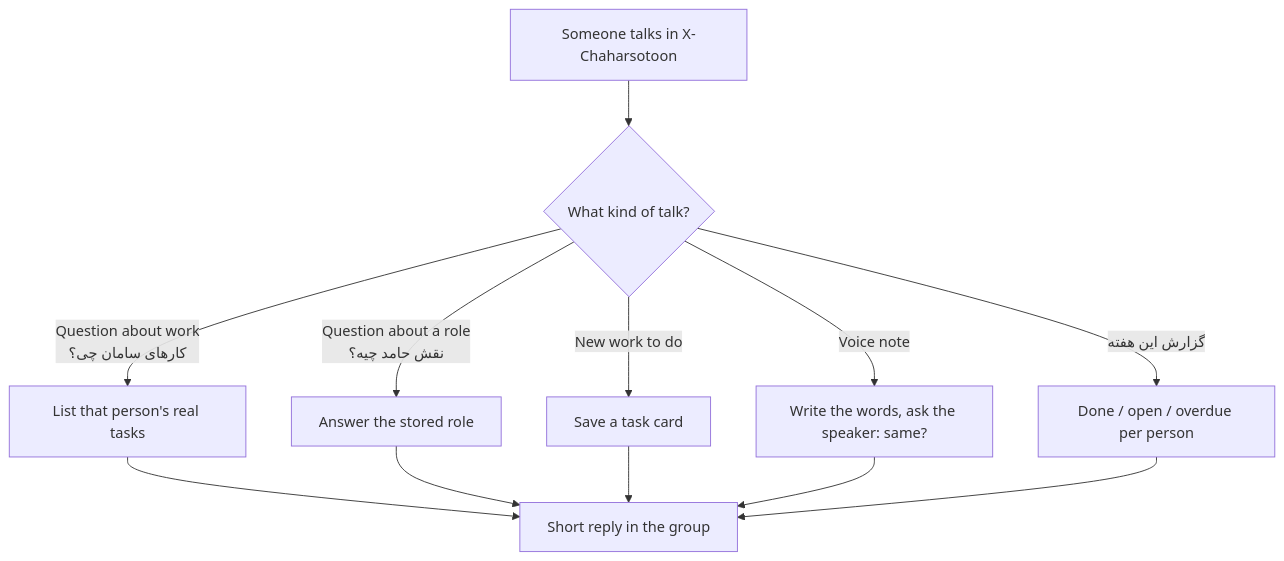
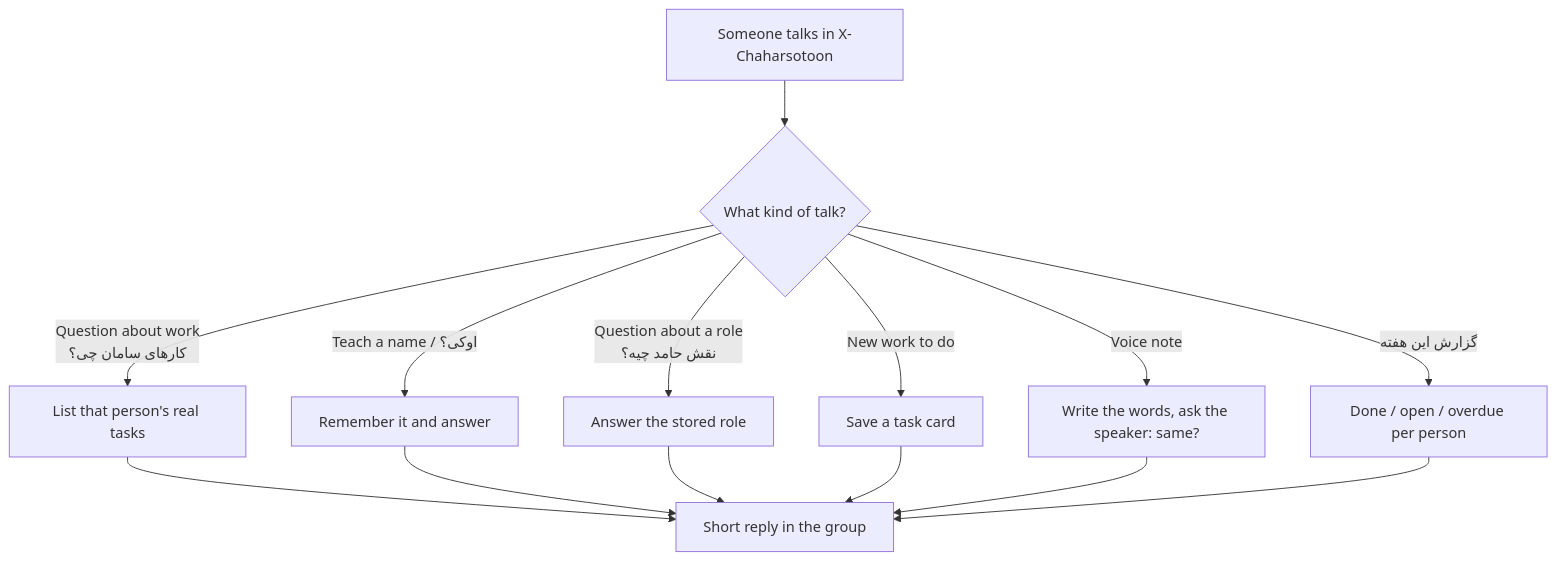
The diagram in docs/FOR-MANAGERS.md (kvmmn/charbot), drawn with Mermaid before and after one commit. The commit also changed other lines of this file and 8 other files, not shown here.

````diff
--- a/docs/FOR-MANAGERS.md
+++ b/docs/FOR-MANAGERS.md
@@ -13,14 +13,16 @@
 ```mermaid
 flowchart TD
   A[Someone talks in X-Chaharsotoon] --> B{What kind of talk?}
   B -->|Question about work<br/>کارهای سامان چی؟| C[List that person's real tasks]
   B -->|Question about a role<br/>نقش حامد چیه؟| D[Answer the stored role]
   B -->|New work to do| E[Save a task card]
   B -->|Voice note| F[Write the words, ask the speaker: same?]
+  B -->|Teach a name / اوکی؟| L[Remember it and answer]
   B -->|گزارش این هفته| G[Done / open / overdue per person]
   C --> H[Short reply in the group]
+  L --> H
   D --> H
   E --> H
   F --> H
   G --> H
 ```
````
